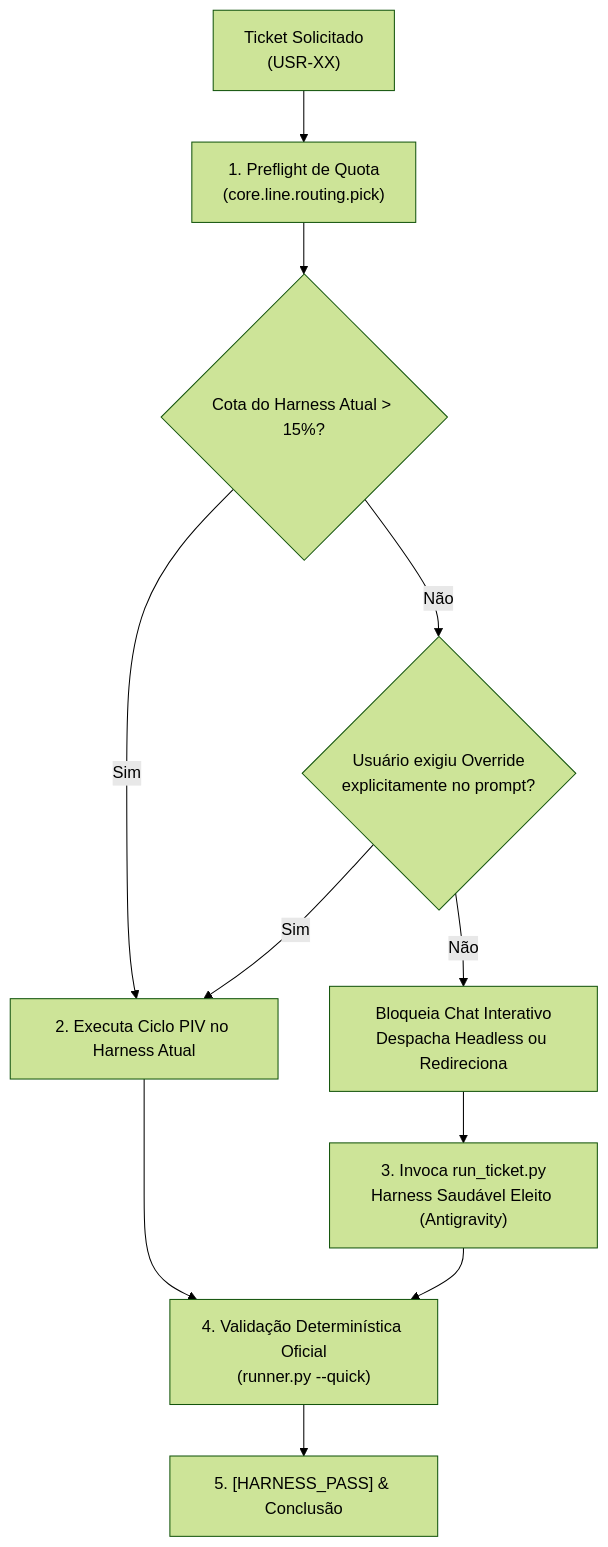
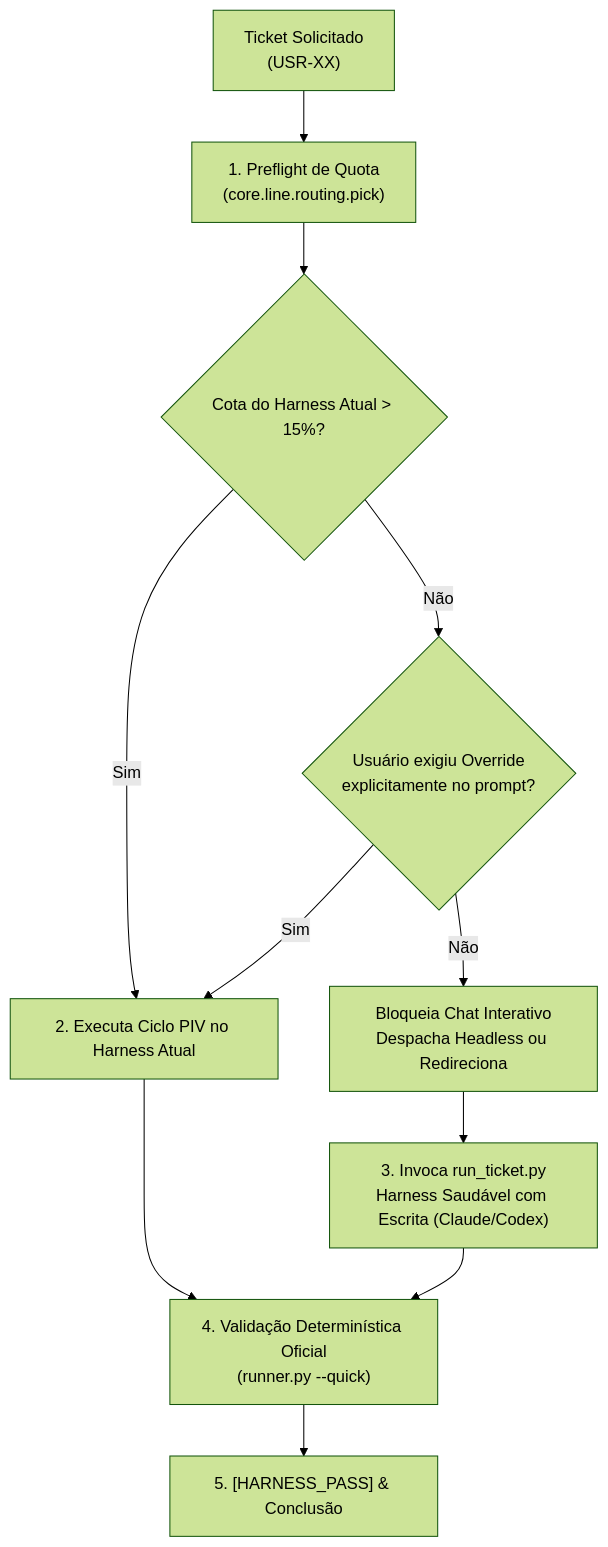
The diagram in .agents/skills/19-run-ticket/SKILL.md (GCamposGit/DarkFactory), drawn with Mermaid (forest theme) before and after one commit. The commit also changed other lines of this file and 14 other files, not shown here.

First line of the commit message:
fix(line): roteador so elege harness com a capacidade exigida e run_ticket com diagnostico/retry [USR-67][USR-68] (#80)

````diff
--- a/.agents/skills/19-run-ticket/SKILL.md
+++ b/.agents/skills/19-run-ticket/SKILL.md
@@ -37,13 +37,13 @@
 ```mermaid
 flowchart TD
     Start["Ticket Solicitado<br/>(USR-XX)"] --> QuotaCheck["1. Preflight de Quota<br/>(core.line.routing.pick)"]
     QuotaCheck --> Evaluate{"Cota do Harness Atual > 15%?"}
     Evaluate -->|Sim| PIVLoop["2. Executa Ciclo PIV no Harness Atual"]
     Evaluate -->|Não| CheckOverride{"Usuário exigiu Override<br/>explicitamente no prompt?"}
     CheckOverride -->|Sim| PIVLoop
     CheckOverride -->|Não| Block["Bloqueia Chat Interativo<br/>Despacha Headless ou Redireciona"]
-    Block --> DispatchHealthy["3. Invoca run_ticket.py<br/>Harness Saudável Eleito (Antigravity)"]
+    Block --> DispatchHealthy["3. Invoca run_ticket.py<br/>Harness Saudável com Escrita (Claude/Codex)"]
     PIVLoop --> Validate["4. Validação Determinística Oficial<br/>(runner.py --quick)"]
     DispatchHealthy --> Validate
     Validate --> Done["5. [HARNESS_PASS] & Conclusão"]
 ```
````
